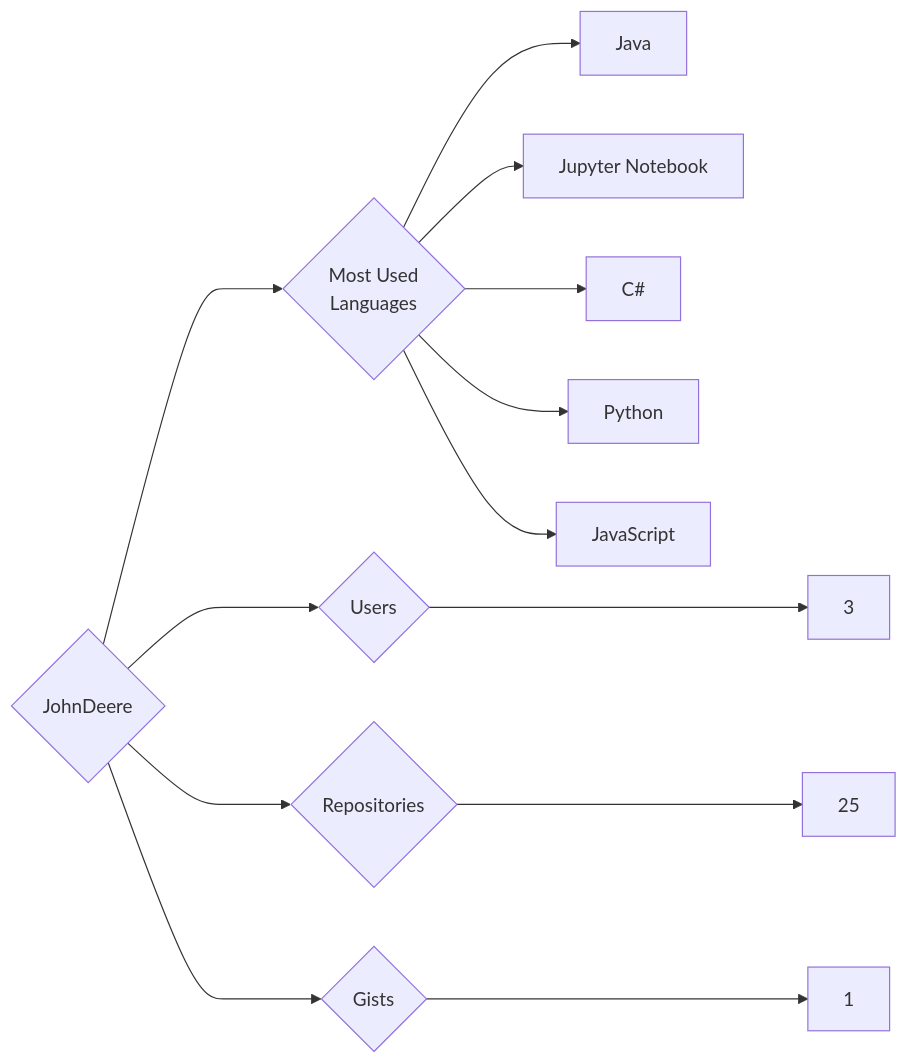
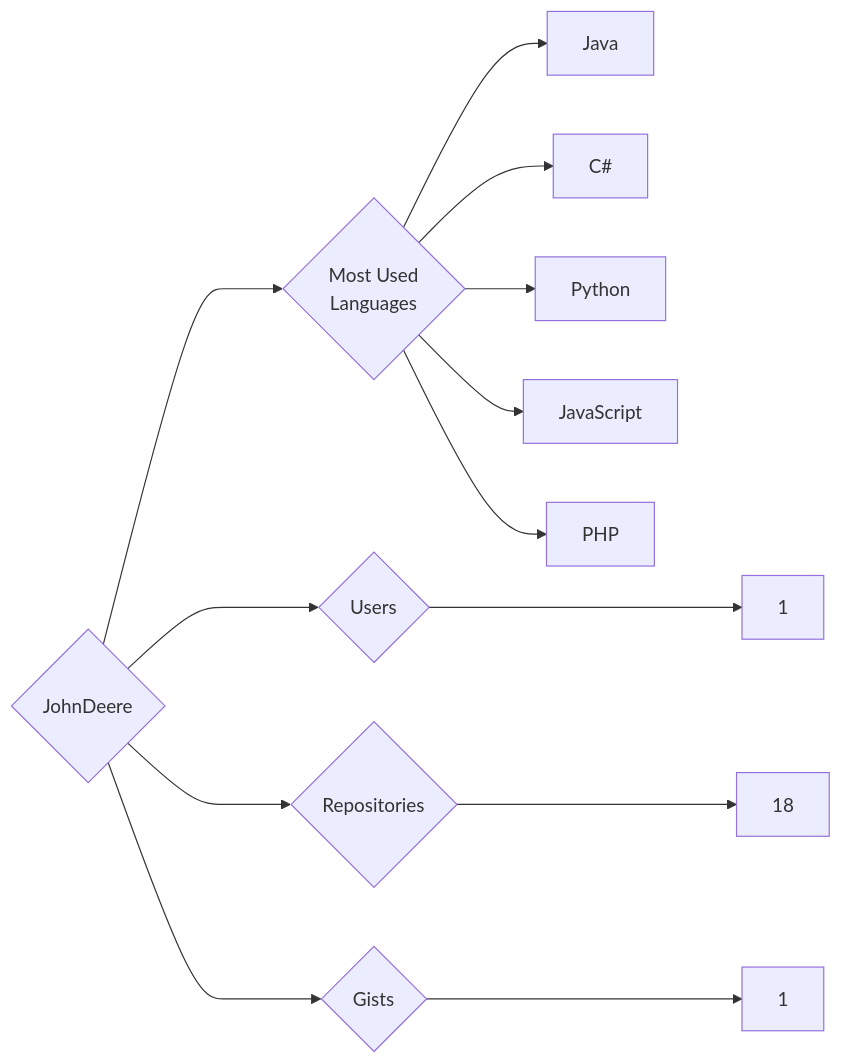
One commit to trickest/insiders changed the diagram in targets/JohnDeere/README.md. Above: the diagram before and after it, drawn with Mermaid. The commit also changed 953 other files, not shown here.

````diff
--- a/targets/JohnDeere/README.md
+++ b/targets/JohnDeere/README.md
@@ -3,13 +3,13 @@
 ```mermaid
 graph LR
 COMPANY_NAME{JohnDeere}
-COMPANY_NAME ---> U{Users} ---> UN[3]
-COMPANY_NAME ---> R{Repositories} ---> RN[25]
+COMPANY_NAME ---> U{Users} ---> UN[1]
+COMPANY_NAME ---> R{Repositories} ---> RN[18]
 COMPANY_NAME ---> G{Gists} ---> GN[1]
 COMPANY_NAME ---> ML{Most Used<br>Languages}
 ML --> Java[Java]
-ML --> Jupyter_Notebook[Jupyter Notebook]
 ML --> C#[C#]
 ML --> Python[Python]
 ML --> JavaScript[JavaScript]
+ML --> PHP[PHP]
 ```
````
